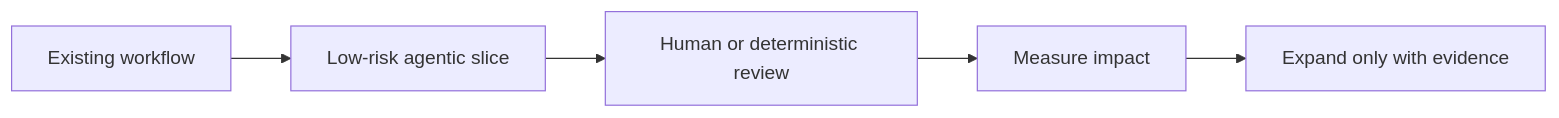
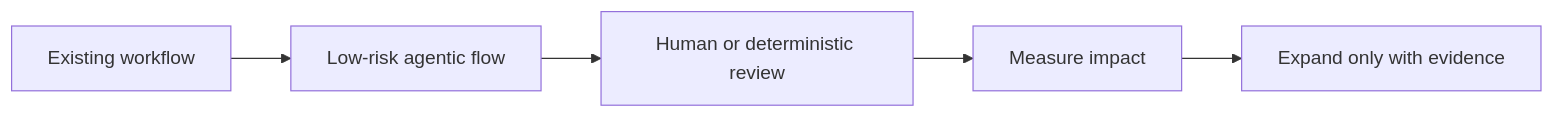
One commit to naren-allam/agents-beginners changed the sixth of 13 diagrams in book/chapters/chapter-05-transitioning-from-traditional-engineering-to-agentic-ai.md. Above: the diagram before and after it, drawn with Mermaid. The commit also changed other lines of this file and 28 other files, not shown here.

````diff
--- a/book/chapters/chapter-05-transitioning-from-traditional-engineering-to-agentic-ai.md
+++ b/book/chapters/chapter-05-transitioning-from-traditional-engineering-to-agentic-ai.md
@@ -176,13 +159,13 @@
 ```mermaid
 flowchart LR
     Existing["Existing workflow"]
-    Slice["Low-risk agentic slice"]
+    Slice["Low-risk agentic flow"]
     Review["Human or deterministic review"]
     Metrics["Measure impact"]
     Expand["Expand only with evidence"]
 
     Existing --> Slice
     Slice --> Review
     Review --> Metrics
     Metrics --> Expand
 ```
````
